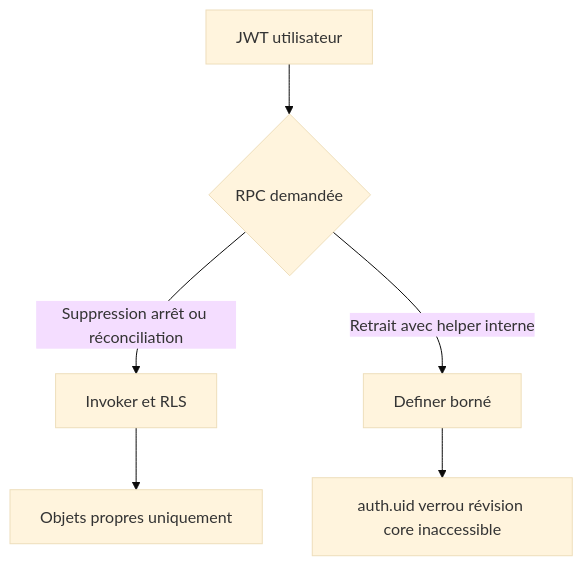
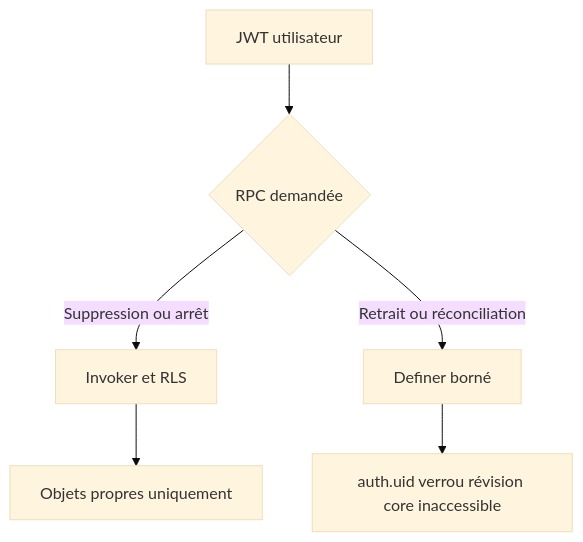
Before and after one commit to neogenz/pulpe: the first of 2 diagrams in aidd_docs/tasks/2026_08/2026_08_14_supabase-security-definer-warnings/phase-4.md, drawn with Mermaid (base theme). The commit also changed other lines of this file and 4 other files, not shown here.

````diff
--- a/aidd_docs/tasks/2026_08/2026_08_14_supabase-security-definer-warnings/phase-4.md
+++ b/aidd_docs/tasks/2026_08/2026_08_14_supabase-security-definer-warnings/phase-4.md
@@ -22,8 +22,8 @@
 ```mermaid
 flowchart TD
   A[JWT utilisateur] --> B{RPC demandée}
-  B -->|Suppression arrêt ou réconciliation| C[Invoker et RLS]
-  B -->|Retrait avec helper interne| D[Definer borné]
+  B -->|Suppression ou arrêt| C[Invoker et RLS]
+  B -->|Retrait ou réconciliation| D[Definer borné]
   C --> E[Objets propres uniquement]
   D --> F[auth.uid verrou révision core inaccessible]
 ```
````
